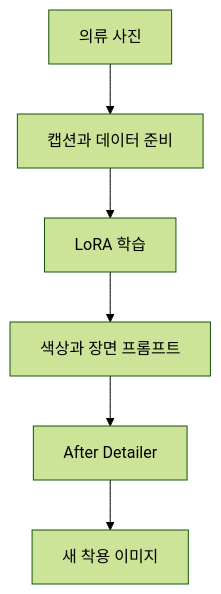
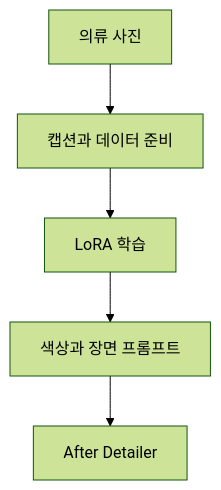
The second of 2 diagrams in ComputerScience/03_ai-ml-data/generative-ai-fine-tuning/notes/50. 이미지 LoRA 학습과 적용.md (umyunsang/edu), drawn with Mermaid (forest theme) before and after one commit. The commit also changed other lines of this file and 1 other file, not shown here.

Commit message:
Auto-save: Updated ComputerScience/03_ai-ml-data/generative-ai-fine-tuning/notes/46. 지시문 데이터와 대화 파인튜닝.md, ComputerScience/03_ai-ml-data/generative-ai-fine-tuning/notes/50. 이미지 LoRA 학습과 적용.md

````diff
--- a/ComputerScience/03_ai-ml-data/generative-ai-fine-tuning/notes/50. 이미지 LoRA 학습과 적용.md
+++ b/ComputerScience/03_ai-ml-data/generative-ai-fine-tuning/notes/50. 이미지 LoRA 학습과 적용.md
@@ -113,8 +111,7 @@
 ```mermaid
 flowchart TB
     Photos[의류 사진] --> Prepare[캡션과 데이터 준비]
     Prepare --> Train[LoRA 학습]
     Train --> Prompt[색상과 장면 프롬프트]
     Prompt --> Detail[After Detailer]
-    Detail --> Result[새 착용 이미지]
 ```
````
